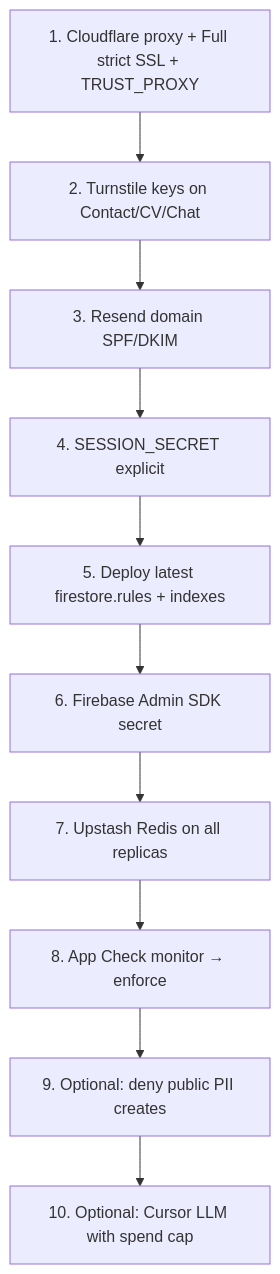
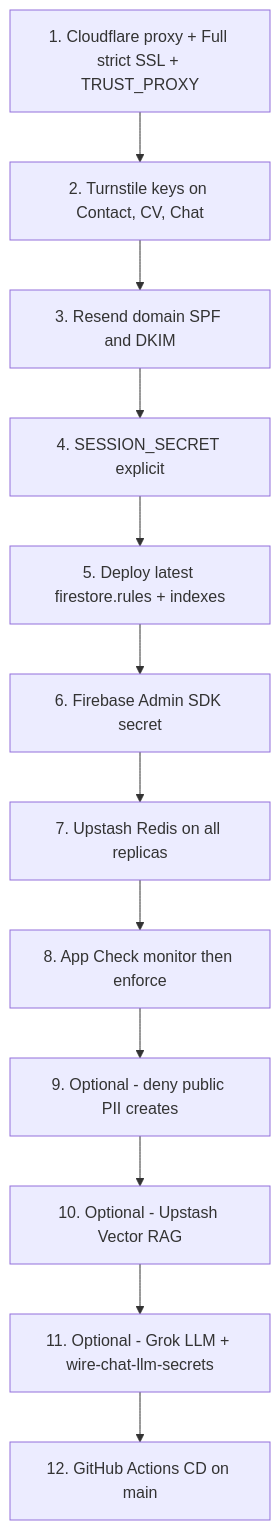
One commit to mosufyan/sufyan-portfolio changed the sixth of 6 diagrams in docs/SECURITY_CONFIGURATION.md. Above: the diagram before and after it, drawn with Mermaid. The commit also changed other lines of this file and 78 other files, not shown here.

First line of the commit message:
feat: ship Grok+Vector chat, CI security gates, and v1.0.0 hardening

````diff
--- a/docs/SECURITY_CONFIGURATION.md
+++ b/docs/SECURITY_CONFIGURATION.md
@@ -285,13 +285,15 @@
 ```mermaid
 flowchart TD
-  S1[1. Cloudflare proxy + Full strict SSL + TRUST_PROXY] --> S2
-  S2[2. Turnstile keys on Contact/CV/Chat] --> S3
-  S3[3. Resend domain SPF/DKIM] --> S4
-  S4[4. SESSION_SECRET explicit] --> S5
-  S5[5. Deploy latest firestore.rules + indexes] --> S6
-  S6[6. Firebase Admin SDK secret] --> S7
-  S7[7. Upstash Redis on all replicas] --> S8
-  S8[8. App Check monitor → enforce] --> S9
-  S9[9. Optional: deny public PII creates] --> S10
-  S10[10. Optional: Cursor LLM with spend cap]
+  S1["1. Cloudflare proxy + Full strict SSL + TRUST_PROXY"] --> S2
+  S2["2. Turnstile keys on Contact, CV, Chat"] --> S3
+  S3["3. Resend domain SPF and DKIM"] --> S4
+  S4["4. SESSION_SECRET explicit"] --> S5
+  S5["5. Deploy latest firestore.rules + indexes"] --> S6
+  S6["6. Firebase Admin SDK secret"] --> S7
+  S7["7. Upstash Redis on all replicas"] --> S8
+  S8["8. App Check monitor then enforce"] --> S9
+  S9["9. Optional - deny public PII creates"] --> S10
+  S10["10. Optional - Upstash Vector RAG"] --> S11
+  S11["11. Optional - Grok LLM + wire-chat-llm-secrets"] --> S12
+  S12["12. GitHub Actions CD on main"]
 ```
````
